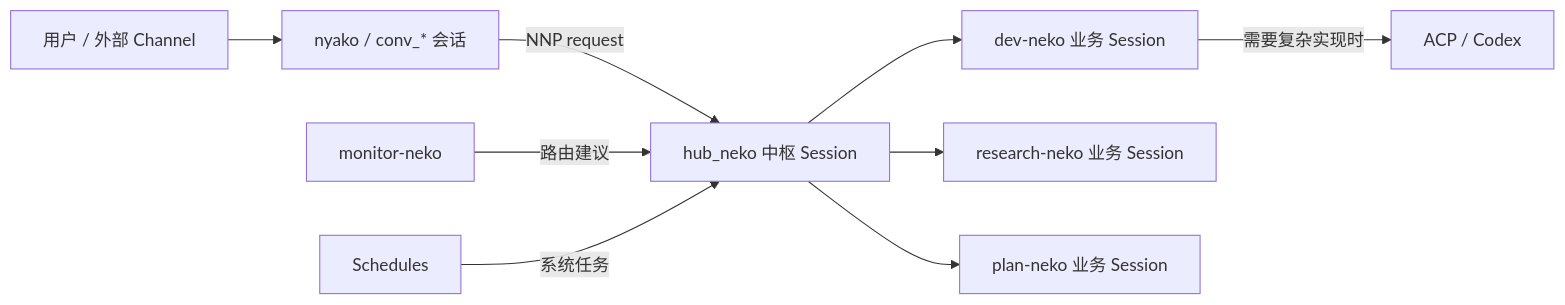
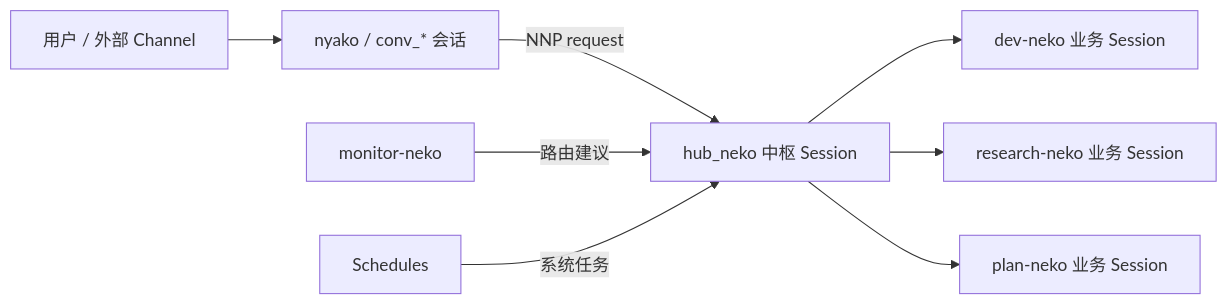
One commit to ShigureLab/nyako changed the diagram in README.md. Above: the diagram before and after it, drawn with Mermaid. The commit also changed other lines of this file and 6 other files, not shown here.

````diff
--- a/README.md
+++ b/README.md
@@ -37,11 +37,10 @@
 ```mermaid
 flowchart LR
     U["用户 / 外部 Channel"] --> C["nyako / conv_* 会话"]
     C -->|"NNP request"| H["hub_neko 中枢 Session"]
     M["monitor-neko"] -->|"路由建议"| H
     S["Schedules"] -->|"系统任务"| H
     H --> D["dev-neko 业务 Session"]
     H --> R["research-neko 业务 Session"]
     H --> P["plan-neko 业务 Session"]
-    D -->|"需要复杂实现时"| A["ACP / Codex"]
 ```
````
